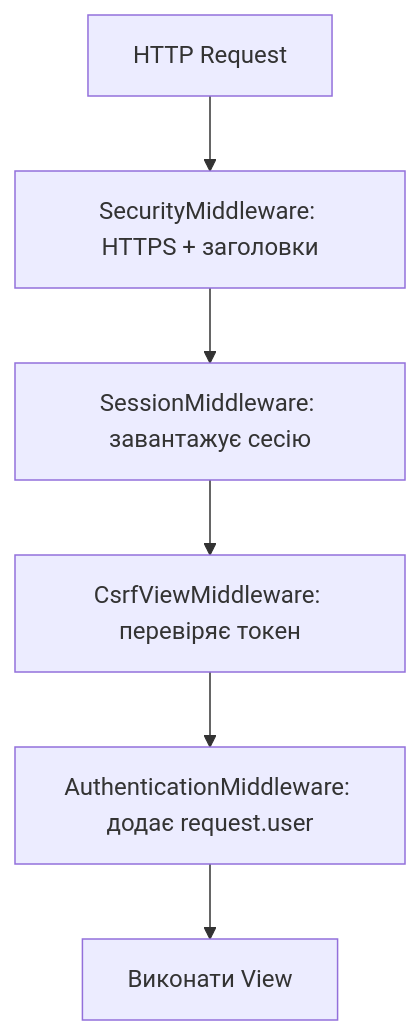
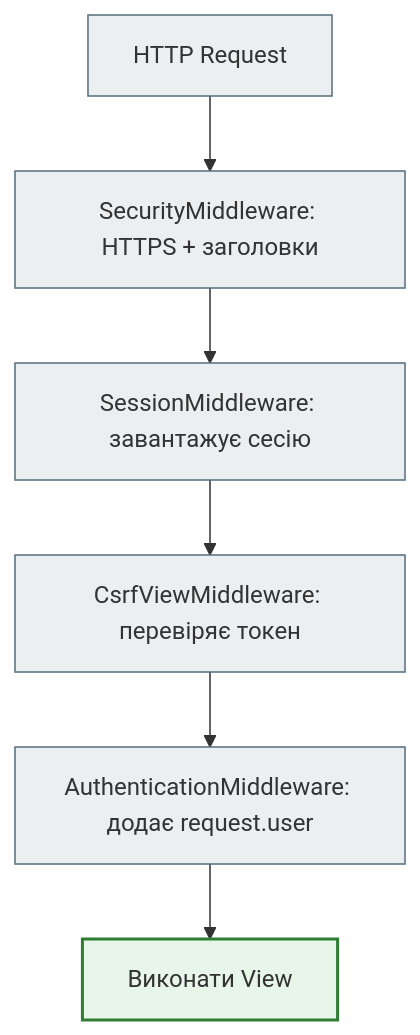
The second of 3 diagrams in docs/07_auth_and_security/django_security_architecture_full.md (NikoriakViktot/notes_chat_app), drawn with Mermaid before and after one commit. The commit also changed other lines of this file and 441 other files, not shown here.

First line of the commit message:
Add English version of the book, Mermaid standard, docs fixes

````diff
--- a/docs/07_auth_and_security/django_security_architecture_full.md
+++ b/docs/07_auth_and_security/django_security_architecture_full.md
@@ -66,8 +75,13 @@
 ```mermaid
 flowchart TD
     Req[HTTP Request] --> Sec[SecurityMiddleware: HTTPS + заголовки]
     Sec --> Sess[SessionMiddleware: завантажує сесію]
     Sess --> CSRF[CsrfViewMiddleware: перевіряє токен]
     CSRF --> Auth[AuthenticationMiddleware: додає request.user]
     Auth --> View[Виконати View]
+
+    classDef step     fill:#eceff1,stroke:#546e7a,stroke-width:1px;
+    classDef success  fill:#e8f5e9,stroke:#2e7d32,stroke-width:2px;
+    class Req,Sec,Sess,CSRF,Auth step;
+    class View success;
 ```
````
